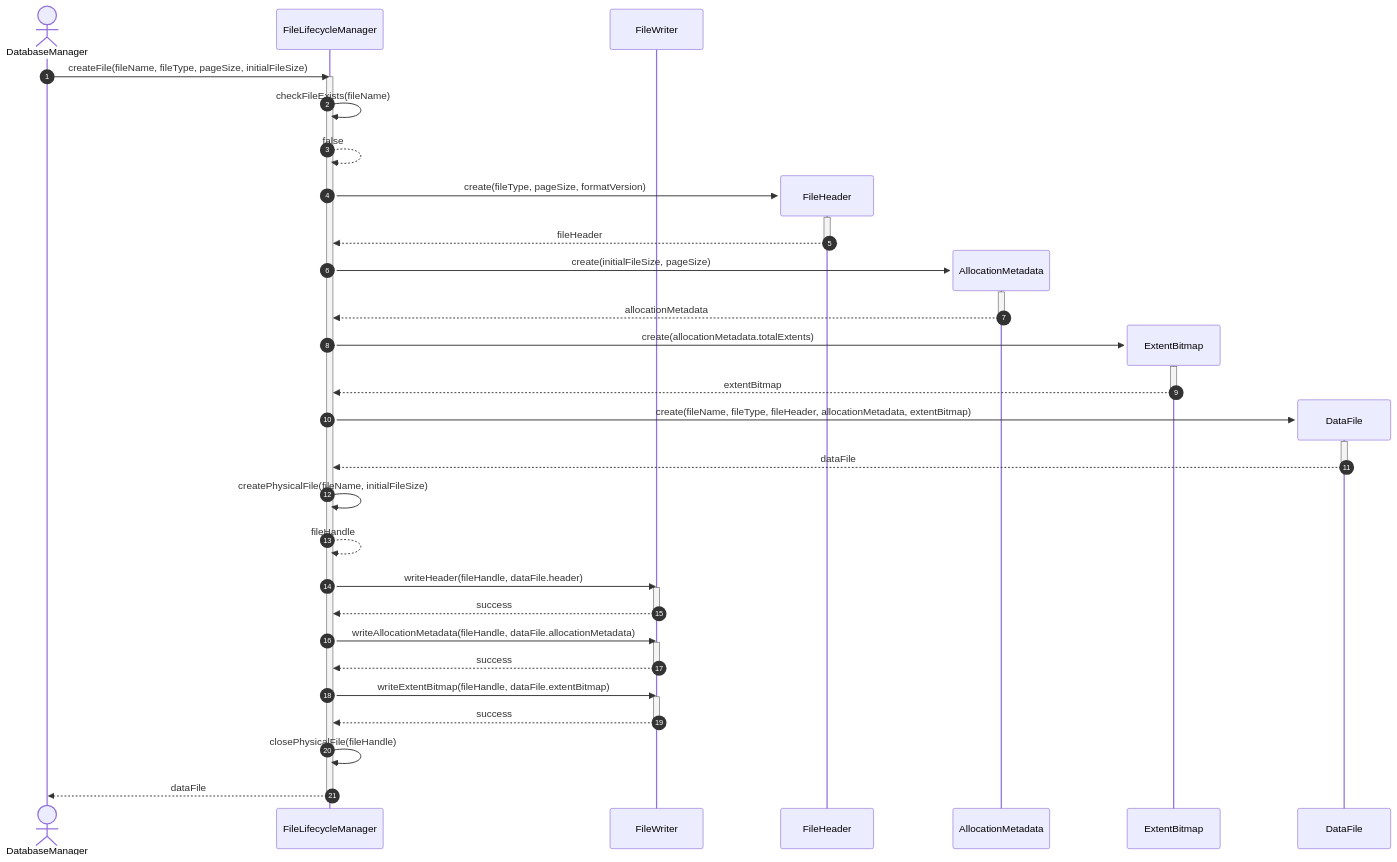
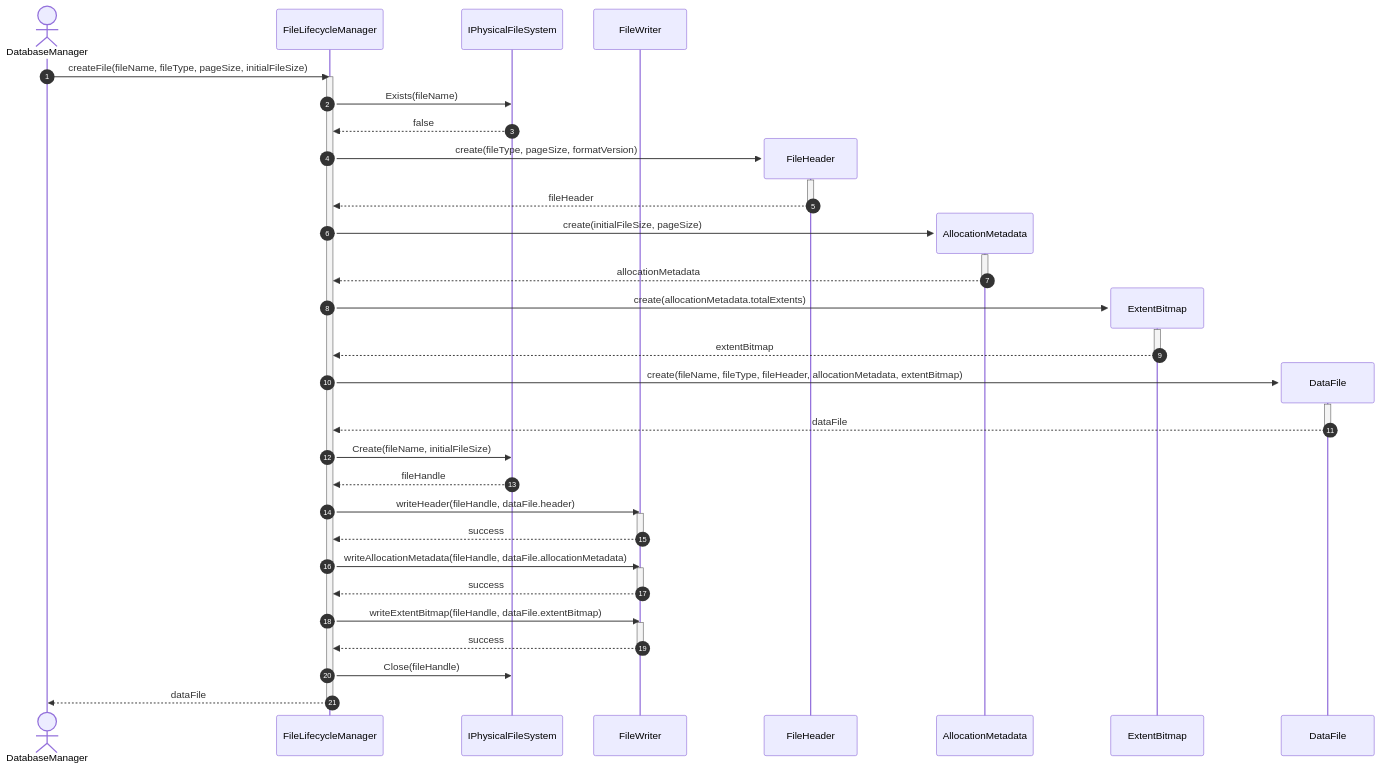
Before and after one commit to manaxpow/DBMS: the first of 3 diagrams in docs/diagrams/sequence-diagrams/storage-engine/file-management/file-lifecycle/create-file.md, drawn with Mermaid. The commit also changed other lines of this file and 54 other files, not shown here.

Commit message:
#5 update PhysicalFileSystem

````diff
--- a/docs/diagrams/sequence-diagrams/storage-engine/file-management/file-lifecycle/create-file.md
+++ b/docs/diagrams/sequence-diagrams/storage-engine/file-management/file-lifecycle/create-file.md
@@ -10,60 +10,61 @@
 ```mermaid
 sequenceDiagram
     autonumber
 
     actor DB as DatabaseManager
     participant LM as FileLifecycleManager
+    participant PFS as IPhysicalFileSystem
     participant FW as FileWriter
 
     DB->>LM: createFile(fileName, fileType, pageSize, initialFileSize)
     activate LM
 
-    LM->>LM: checkFileExists(fileName)
-    LM-->>LM: false
+    LM->>PFS: Exists(fileName)
+    PFS-->>LM: false
 
     create participant FH as FileHeader
     LM->>FH: create(fileType, pageSize, formatVersion)
     activate FH
     FH-->>LM: fileHeader
     deactivate FH
 
     create participant AM as AllocationMetadata
     LM->>AM: create(initialFileSize, pageSize)
     activate AM
     AM-->>LM: allocationMetadata
     deactivate AM
 
     create participant EB as ExtentBitmap
     LM->>EB: create(allocationMetadata.totalExtents)
     activate EB
     EB-->>LM: extentBitmap
     deactivate EB
 
     create participant DF as DataFile
     LM->>DF: create(fileName, fileType, fileHeader, allocationMetadata, extentBitmap)
     activate DF
     DF-->>LM: dataFile
     deactivate DF
 
-    LM->>LM: createPhysicalFile(fileName, initialFileSize)
-    LM-->>LM: fileHandle
+    LM->>PFS: Create(fileName, initialFileSize)
+    PFS-->>LM: fileHandle
 
     LM->>FW: writeHeader(fileHandle, dataFile.header)
     activate FW
     FW-->>LM: success
     deactivate FW
 
     LM->>FW: writeAllocationMetadata(fileHandle, dataFile.allocationMetadata)
     activate FW
     FW-->>LM: success
     deactivate FW
 
     LM->>FW: writeExtentBitmap(fileHandle, dataFile.extentBitmap)
     activate FW
     FW-->>LM: success
     deactivate FW
 
-    LM->>LM: closePhysicalFile(fileHandle)
+    LM->>PFS: Close(fileHandle)
     LM-->>DB: dataFile
     deactivate LM
 ```
````
